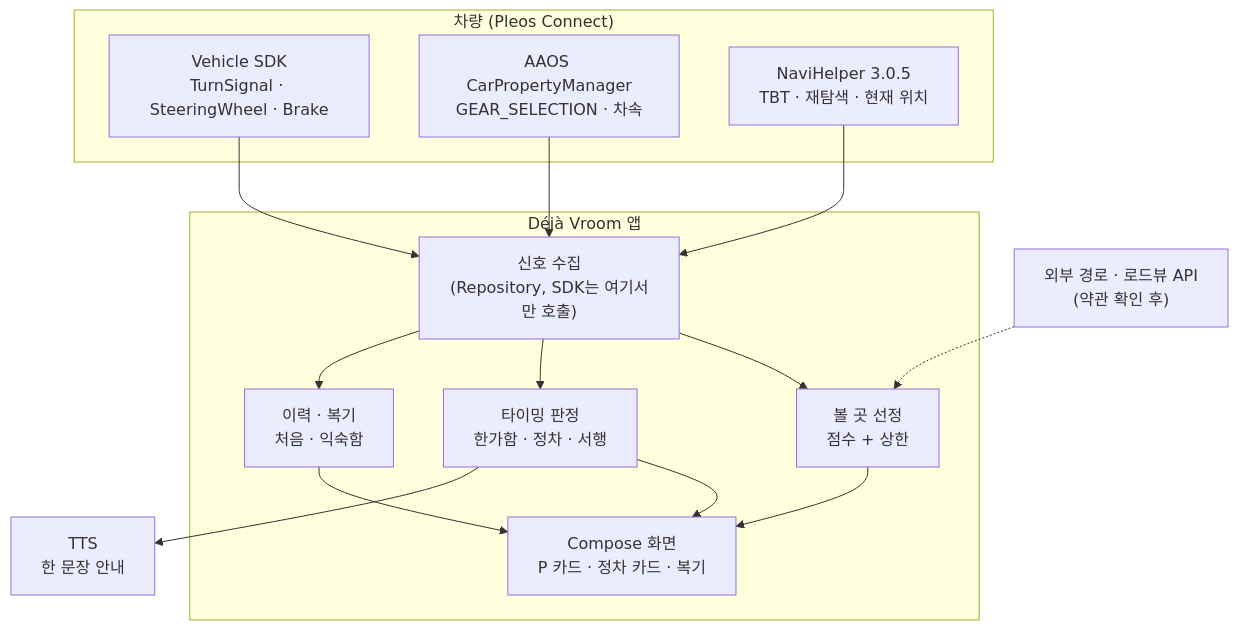
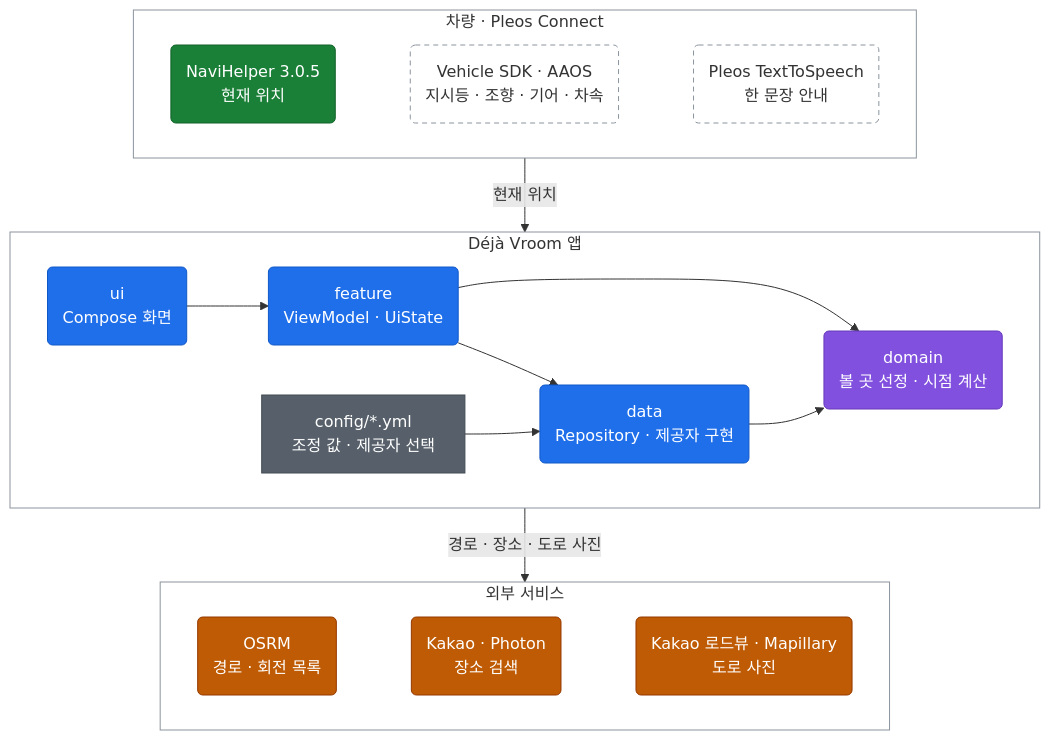
Before and after one commit to JoisFe/deja-vroom: the second of 3 diagrams in README.md, drawn with Mermaid. The commit also changed other lines of this file and 17 other files, not shown here.

First line of the commit message:
문서 다이어그램을 색·모양 규칙에 맞춰 다시 그리고 코드와 다른 설명 정리

````diff
--- a/README.md
+++ b/README.md
@@ -131,23 +152,40 @@
 ```mermaid
 flowchart TB
-    subgraph Car["차량 (Pleos Connect)"]
-        V["Vehicle SDK<br/>TurnSignal · SteeringWheel · Brake"]
-        A["AAOS CarPropertyManager<br/>GEAR_SELECTION · 차속"]
-        N["NaviHelper 3.0.5<br/>TBT · 재탐색 · 현재 위치"]
+    subgraph car["차량 · Pleos Connect"]
+        direction LR
+        navi("NaviHelper 3.0.5<br/>현재 위치"):::pleos
+        signals("Vehicle SDK · AAOS<br/>지시등 · 조향 · 기어 · 차속"):::plan
+        tts("Pleos TextToSpeech<br/>한 문장 안내"):::plan
+        navi ~~~ signals ~~~ tts
     end
-    subgraph App["Déjà Vroom 앱"]
-        S["신호 수집<br/>(Repository, SDK는 여기서만 호출)"]
-        P["볼 곳 선정<br/>점수 + 상한"]
-        T["타이밍 판정<br/>한가함 · 정차 · 서행"]
-        H["이력 · 복기<br/>처음 · 익숙함"]
-        UI["Compose 화면<br/>P 카드 · 정차 카드 · 복기"]
+    subgraph app["Déjà Vroom 앱"]
+        direction LR
+        ui("ui<br/>Compose 화면"):::app
+        vm("feature<br/>ViewModel · UiState"):::app
+        data("data<br/>Repository · 제공자 구현"):::app
+        domain("domain<br/>볼 곳 선정 · 시점 계산"):::domain
+        config["config/*.yml<br/>조정 값 · 제공자 선택"]:::config
+        ui --> vm --> data --> domain
+        vm --> domain
+        config --> data
     end
-    O["TTS<br/>한 문장 안내"]
-    X["외부 경로 · 로드뷰 API<br/>(약관 확인 후)"]
+    subgraph outside["외부 서비스"]
+        direction LR
+        osrm("OSRM<br/>경로 · 회전 목록"):::ext
+        places("Kakao · Photon<br/>장소 검색"):::ext
+        roadview("Kakao 로드뷰 · Mapillary<br/>도로 사진"):::ext
+        osrm ~~~ places ~~~ roadview
+    end
+    car -->|"현재 위치"| app
+    app -->|"경로 · 장소 · 도로 사진"| outside
 
-    V & A & N --> S --> P & T & H
-    X -.-> P
-    P & T --> UI
-    T --> O
-    H --> UI
+    classDef app fill:#1f6feb,stroke:#1158c7,color:#ffffff
+    classDef domain fill:#8250df,stroke:#6639ba,color:#ffffff
+    classDef pleos fill:#1a7f37,stroke:#116329,color:#ffffff
+    classDef ext fill:#bf5b04,stroke:#953800,color:#ffffff
+    classDef config fill:#57606a,stroke:#424a53,color:#ffffff
+    classDef plan fill:none,stroke:#8b949e,stroke-dasharray:5 4
+    style car fill:none,stroke:#8b949e
+    style app fill:none,stroke:#8b949e
+    style outside fill:none,stroke:#8b949e
 ```
````
